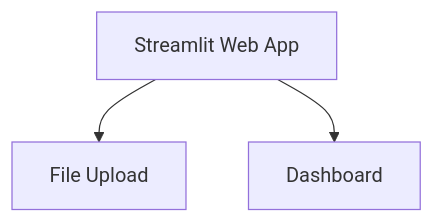
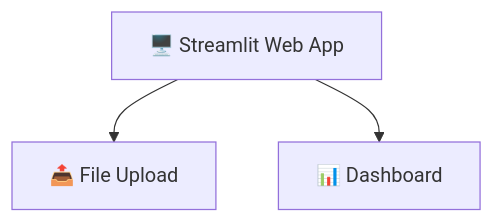
The second of 9 diagrams in README.md (Pooja-Vishnoi/GenAI_Hackathon), drawn with Mermaid before and after one commit. The commit also changed other lines of this file, not shown here.

````diff
--- a/README.md
+++ b/README.md
@@ -64,9 +70,9 @@
 ```mermaid
 graph TB
-    UI[Streamlit Web App]
-    UP[File Upload]
-    DA[Dashboard]
+    UI[🖥️ Streamlit Web App]
+    UP[📤 File Upload]
+    DA[📊 Dashboard]
     
     UI --> UP
     UI --> DA
 ```
````
